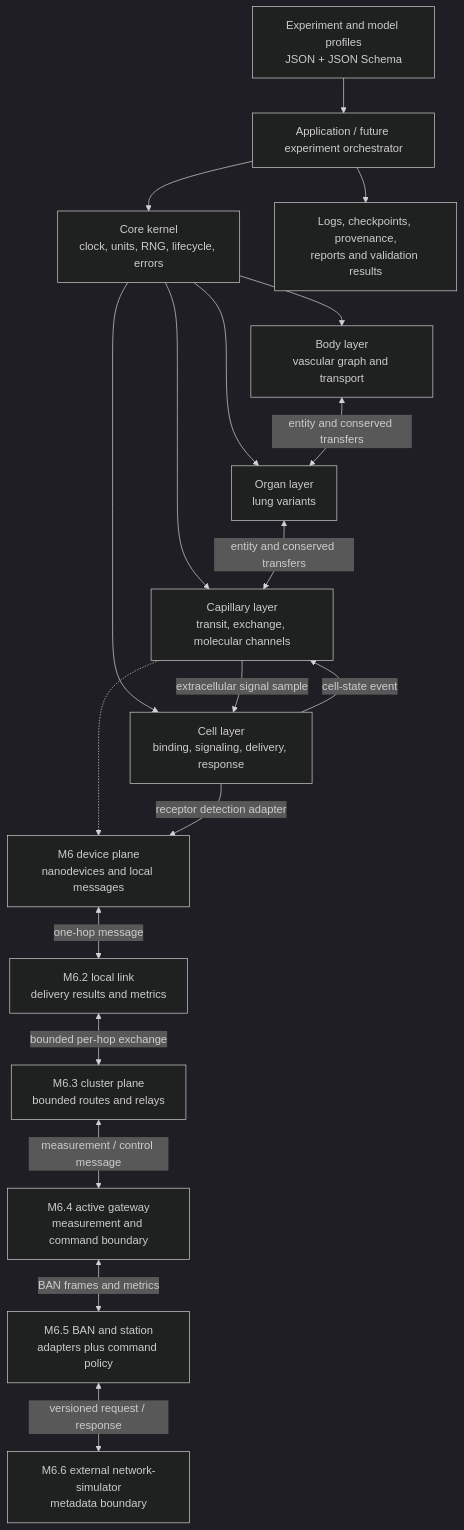
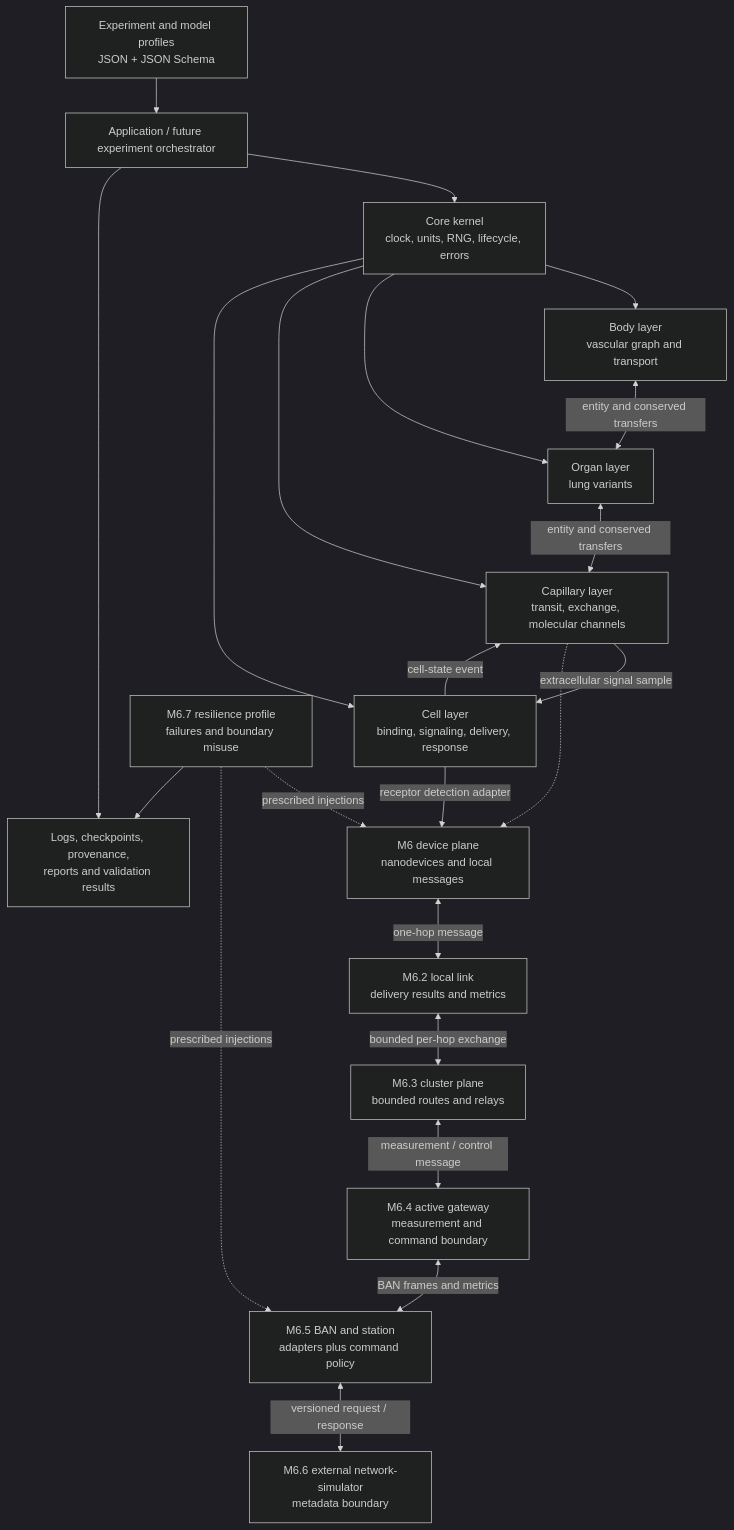
One commit to RegineWendt/MEHLISSA changed the first of 2 diagrams in docs/architecture/SOFTWARE_ARCHITECTURE.md. Above: the diagram before and after it, drawn with Mermaid (dark theme). The commit also changed other lines of this file and 18 other files, not shown here.

````diff
--- a/docs/architecture/SOFTWARE_ARCHITECTURE.md
+++ b/docs/architecture/SOFTWARE_ARCHITECTURE.md
@@ -35,36 +35,40 @@
 ```mermaid
 flowchart TB
     Manifest[Experiment and model profiles<br/>JSON + JSON Schema]
     Runner[Application / future experiment orchestrator]
     Kernel[Core kernel<br/>clock, units, RNG, lifecycle, errors]
     Body[Body layer<br/>vascular graph and transport]
     Organ[Organ layer<br/>lung variants]
     Capillary[Capillary layer<br/>transit, exchange, molecular channels]
     Cell[Cell layer<br/>binding, signaling, delivery, response]
     IoT[M6 device plane<br/>nanodevices and local messages]
     LocalLink[M6.2 local link<br/>delivery results and metrics]
     Cluster[M6.3 cluster plane<br/>bounded routes and relays]
     Gateway[M6.4 active gateway<br/>measurement and command boundary]
     External[M6.5 BAN and station<br/>adapters plus command policy]
     NetworkSim[M6.6 external network-simulator<br/>metadata boundary]
+    Resilience[M6.7 resilience profile<br/>failures and boundary misuse]
     Evidence[Logs, checkpoints, provenance,<br/>reports and validation results]
 
     Manifest --> Runner
     Runner --> Kernel
     Kernel --> Body
     Kernel --> Organ
     Kernel --> Capillary
     Kernel --> Cell
     Body <-->|entity and conserved transfers| Organ
     Organ <-->|entity and conserved transfers| Capillary
     Capillary -->|extracellular signal sample| Cell
     Cell -->|cell-state event| Capillary
     Capillary -.-> IoT
     Cell -->|receptor detection adapter| IoT
     IoT <-->|one-hop message| LocalLink
     LocalLink <-->|bounded per-hop exchange| Cluster
     Cluster <-->|measurement / control message| Gateway
     Gateway <-->|BAN frames and metrics| External
     External <-->|versioned request / response| NetworkSim
+    Resilience -.->|prescribed injections| IoT
+    Resilience -.->|prescribed injections| External
+    Resilience --> Evidence
     Runner --> Evidence
 ```
````
